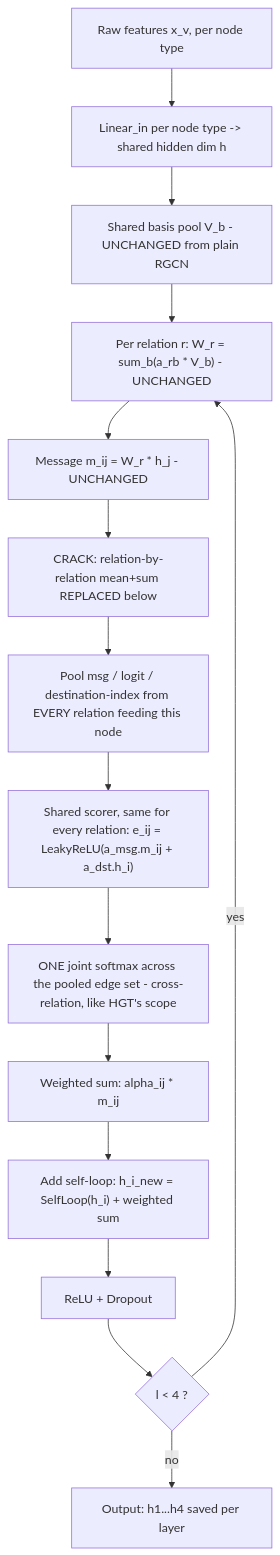
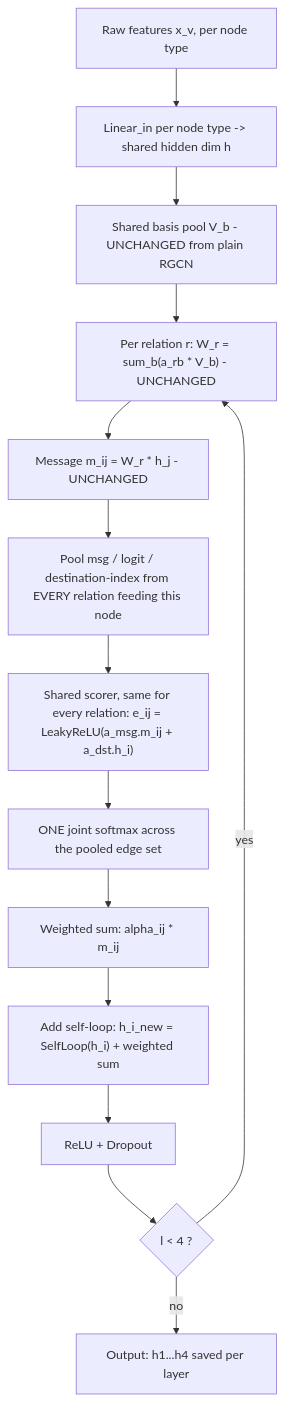
Before and after one commit to murali-ftw/ChainPilot: the seventh of 13 diagrams in reports/info.md, drawn with Mermaid. The commit also changed other lines of this file and 18 other files, not shown here.

````diff
--- a/reports/info.md
+++ b/reports/info.md
@@ -382,17 +344,16 @@
 ```mermaid
 flowchart TD
     A["Raw features x_v, per node type"] --> B["Linear_in per node type -> shared hidden dim h"]
     B --> C["Shared basis pool V_b - UNCHANGED from plain RGCN"]
     C --> D["Per relation r: W_r = sum_b(a_rb * V_b) - UNCHANGED"]
     D --> E["Message m_ij = W_r * h_j - UNCHANGED"]
-    E --> Z["CRACK: relation-by-relation mean+sum REPLACED below"]
-    Z --> F["Pool msg / logit / destination-index from EVERY relation feeding this node"]
+    E --> F["Pool msg / logit / destination-index from EVERY relation feeding this node"]
     F --> G["Shared scorer, same for every relation: e_ij = LeakyReLU(a_msg.m_ij + a_dst.h_i)"]
-    G --> H["ONE joint softmax across the pooled edge set - cross-relation, like HGT's scope"]
+    G --> H["ONE joint softmax across the pooled edge set"]
     H --> I["Weighted sum: alpha_ij * m_ij"]
     I --> J["Add self-loop: h_i_new = SelfLoop(h_i) + weighted sum"]
     J --> K["ReLU + Dropout"]
     K --> L{"l < 4 ?"}
     L -->|yes| D
     L -->|no| M["Output: h1...h4 saved per layer"]
 ```
````
